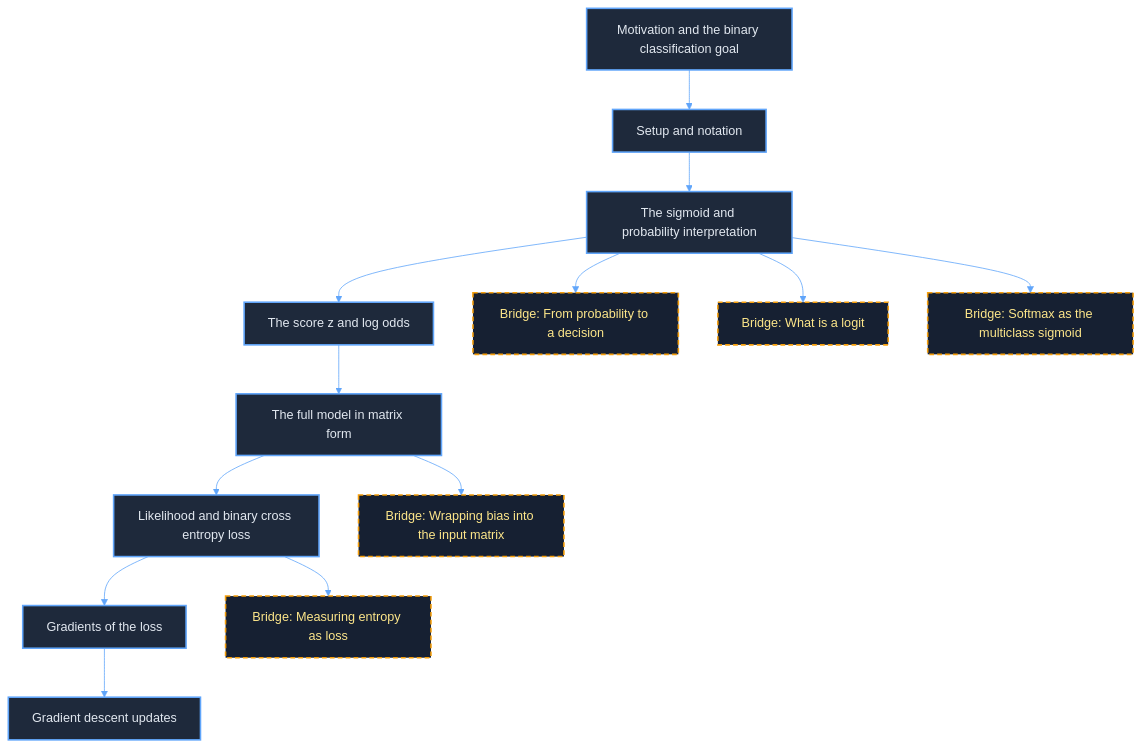
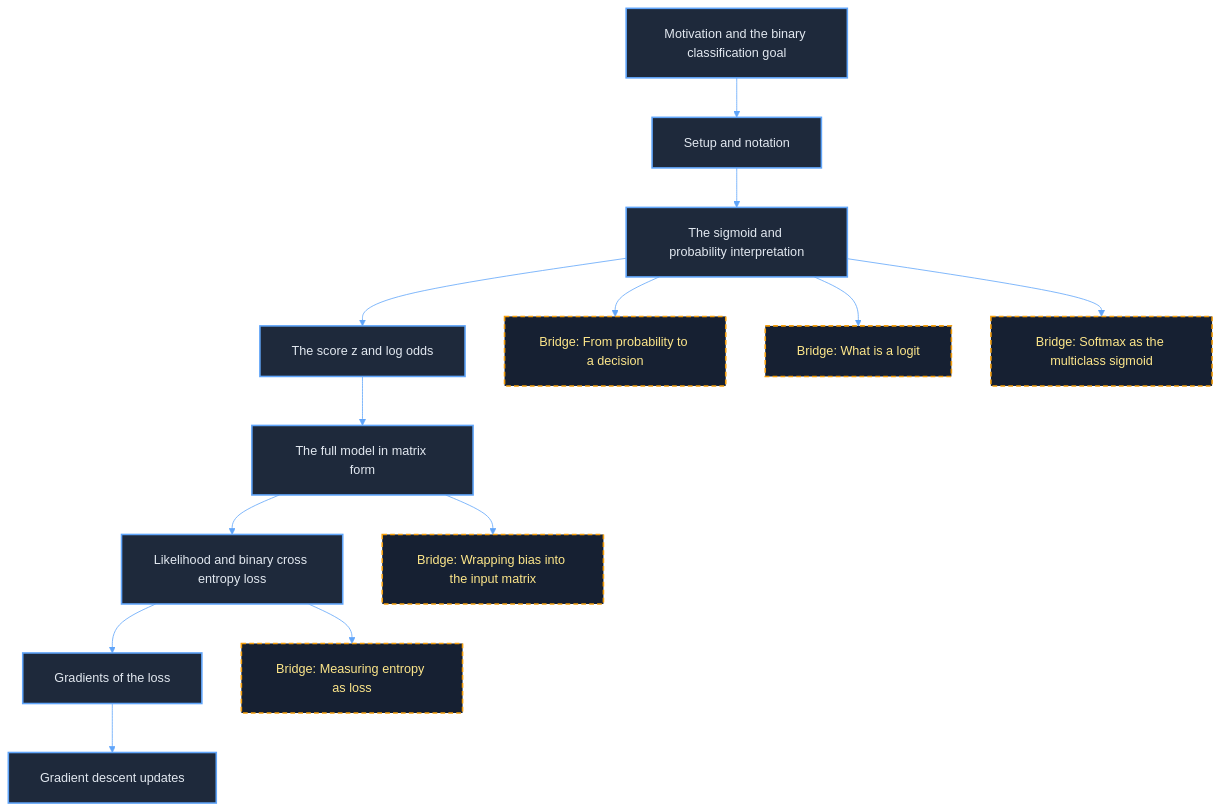
Before and after one commit to Hanxi-002/Hanxi-002.github.io: the diagram in _posts/2026-01-10-logistic-regression.md, drawn with Mermaid. The commit also changed other lines of this file, not shown here.

```diff
--- a/_posts/2026-01-10-logistic-regression.md
+++ b/_posts/2026-01-10-logistic-regression.md
@@ -14,25 +14,25 @@
 <pre class="mermaid">
-%%{init: {'theme': 'base', 'themeVariables': {'primaryColor': '#1e293b', 'primaryTextColor': '#e2e8f0', 'primaryBorderColor': '#60a5fa', 'lineColor': '#60a5fa', 'background': '#0f172a', 'nodeBorder': '#60a5fa', 'clusterBkg': '#162032', 'edgeLabelBackground': '#0f172a', 'fontFamily': 'sans-serif'}}}%%
+%%{init: {'theme': 'base', 'themeVariables': {'primaryColor': '#1e293b', 'primaryTextColor': '#e2e8f0', 'primaryBorderColor': '#60a5fa', 'lineColor': '#60a5fa', 'background': '#0f172a', 'nodeBorder': '#60a5fa', 'clusterBkg': '#162032', 'edgeLabelBackground': '#0f172a', 'fontFamily': 'sans-serif', 'fontSize': '16px'}, 'flowchart': {'useMaxWidth': false, 'padding': 20}}}%%
 flowchart TD
     A["Motivation and the binary classification goal"] --> B["Setup and notation"]
     B --> C["The sigmoid and probability interpretation"]
     C --> D["The score z and log odds"]
     D --> E["The full model in matrix form"]
     E --> F["Likelihood and binary cross entropy loss"]
     F --> G["Gradients of the loss"]
     G --> H["Gradient descent updates"]
 
     C --> I["Bridge: From probability to a decision"]
     C --> J["Bridge: What is a logit"]
     C --> K["Bridge: Softmax as the multiclass sigmoid"]
 
     E --> L["Bridge: Wrapping bias into the input matrix"]
 
     F --> M["Bridge: Measuring entropy as loss"]
 
     class I,J,K,L,M bridge;
     class A,B,C,D,E,F,G,H core;
 
     classDef core fill:#1e293b,stroke:#60a5fa,color:#e2e8f0,stroke-width:2px;
     classDef bridge fill:#162032,stroke:#f59e0b,color:#fde68a,stroke-width:2px,stroke-dasharray: 6 4;
 </pre>
```
